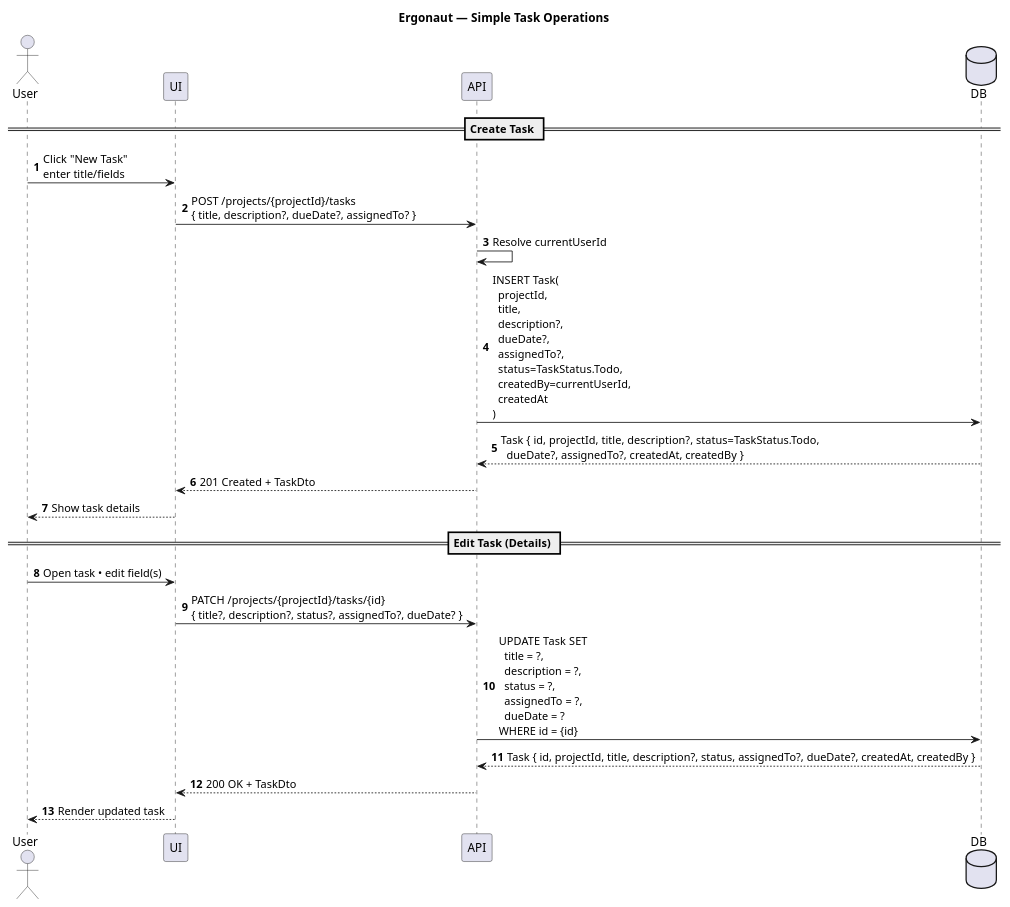
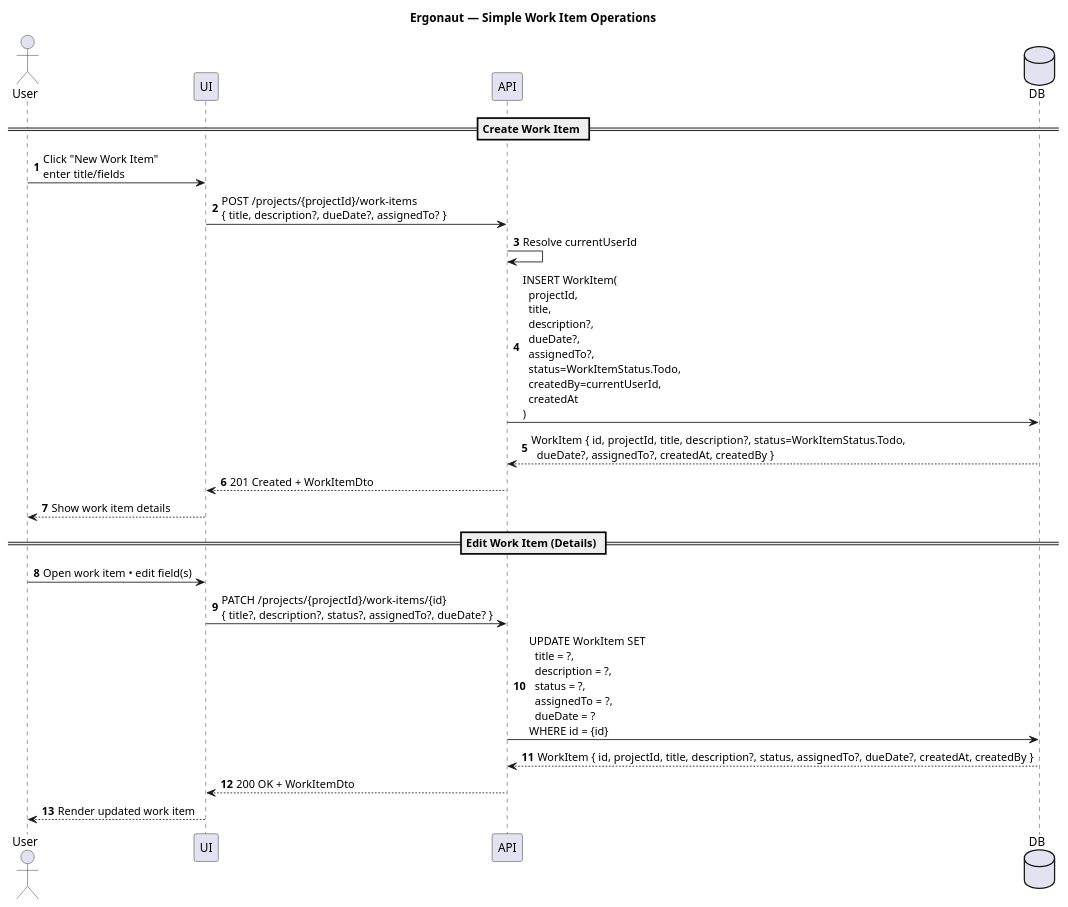
One commit to LukasLeindals/ergonaut changed the diagram in docs/uml/user-stories/simple-task-operations.puml. Above: the diagram before and after it, drawn with PlantUML. The commit also changed 111 other files, not shown here.

```diff
--- a/docs/uml/user-stories/simple-task-operations.puml
+++ b/docs/uml/user-stories/simple-task-operations.puml
@@ -2,27 +2,27 @@
-@startuml simple-task-operations
-title Ergonaut — Simple Task Operations
+@startuml simple-work-item-operations
+title Ergonaut — Simple Work Item Operations
 autonumber
 
 actor User
 participant UI
 participant API
 database DB
 
-== Create Task ==
-User -> UI : Click "New Task"\nenter title/fields
-UI -> API : POST /projects/{projectId}/tasks\n{ title, description?, dueDate?, assignedTo? }
+== Create Work Item ==
+User -> UI : Click "New Work Item"\nenter title/fields
+UI -> API : POST /projects/{projectId}/work-items\n{ title, description?, dueDate?, assignedTo? }
 API -> API : Resolve currentUserId
-API -> DB : INSERT Task(\n  projectId,\n  title,\n  description?,\n  dueDate?,\n  assignedTo?,\n  status=TaskStatus.Todo,\n  createdBy=currentUserId,\n  createdAt\n)
-DB --> API : Task { id, projectId, title, description?, status=TaskStatus.Todo,\n  dueDate?, assignedTo?, createdAt, createdBy }
-API --> UI : 201 Created + TaskDto
-UI --> User : Show task details
+API -> DB : INSERT WorkItem(\n  projectId,\n  title,\n  description?,\n  dueDate?,\n  assignedTo?,\n  status=WorkItemStatus.Todo,\n  createdBy=currentUserId,\n  createdAt\n)
+DB --> API : WorkItem { id, projectId, title, description?, status=WorkItemStatus.Todo,\n  dueDate?, assignedTo?, createdAt, createdBy }
+API --> UI : 201 Created + WorkItemDto
+UI --> User : Show work item details
 
-== Edit Task (Details) ==
-User -> UI : Open task • edit field(s)
-UI -> API : PATCH /projects/{projectId}/tasks/{id}\n{ title?, description?, status?, assignedTo?, dueDate? }
-API -> DB : UPDATE Task SET\n  title = ?,\n  description = ?,\n  status = ?,\n  assignedTo = ?,\n  dueDate = ?\nWHERE id = {id}
-DB --> API : Task { id, projectId, title, description?, status, assignedTo?, dueDate?, createdAt, createdBy }
-API --> UI : 200 OK + TaskDto
-UI --> User : Render updated task
+== Edit Work Item (Details) ==
+User -> UI : Open work item • edit field(s)
+UI -> API : PATCH /projects/{projectId}/work-items/{id}\n{ title?, description?, status?, assignedTo?, dueDate? }
+API -> DB : UPDATE WorkItem SET\n  title = ?,\n  description = ?,\n  status = ?,\n  assignedTo = ?,\n  dueDate = ?\nWHERE id = {id}
+DB --> API : WorkItem { id, projectId, title, description?, status, assignedTo?, dueDate?, createdAt, createdBy }
+API --> UI : 200 OK + WorkItemDto
+UI --> User : Render updated work item
 
 @enduml
```
